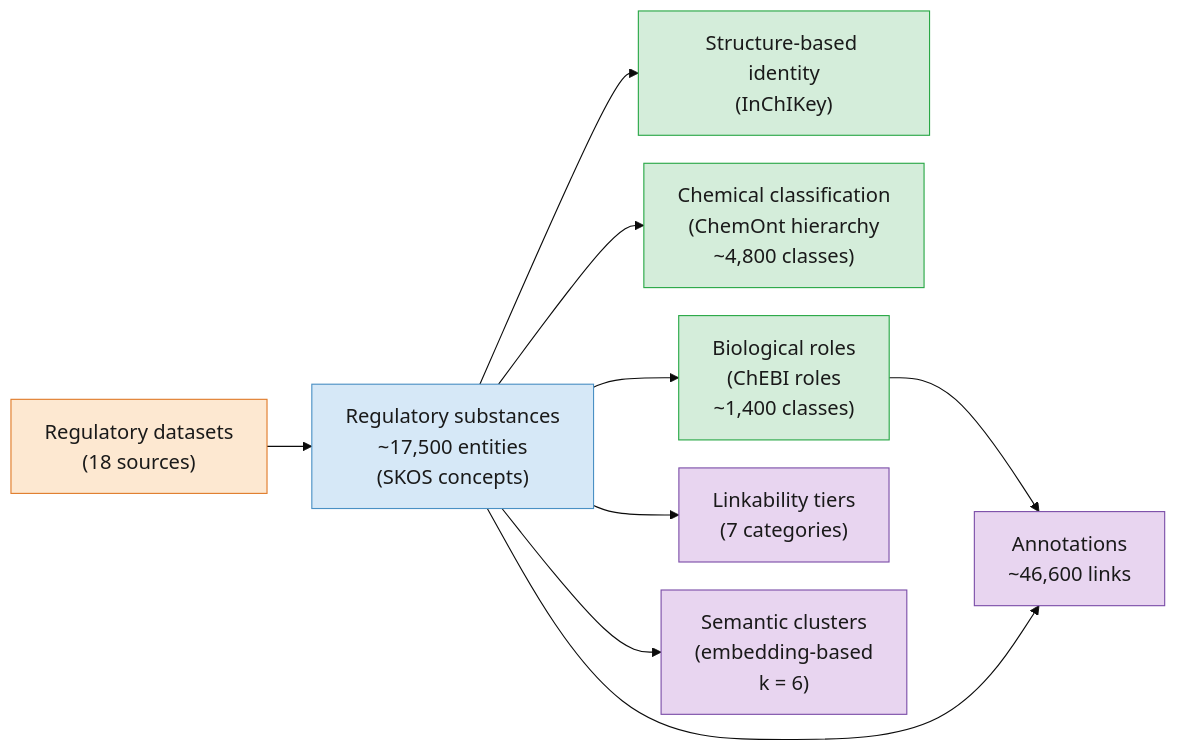
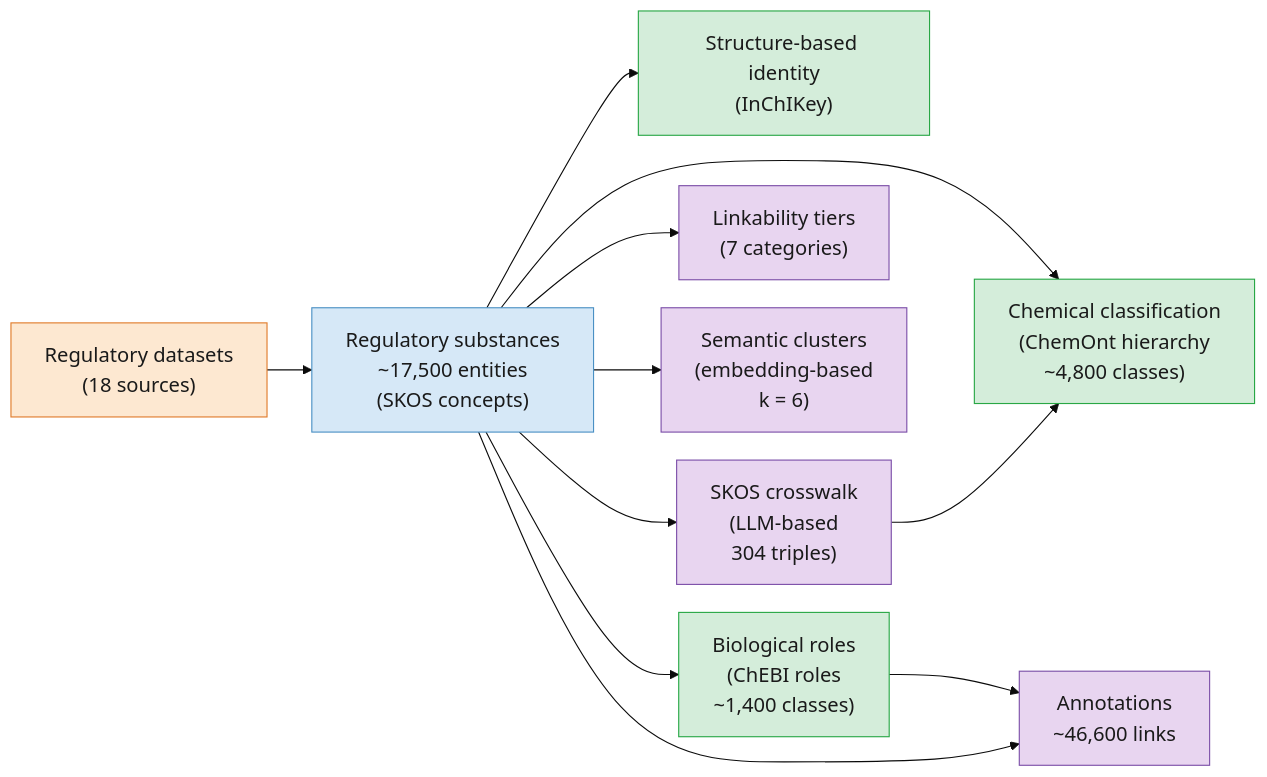
Before and after one commit to gezever/A-Substance-Is-Not-Always-a-Substance: the diagram in paper/images/sources/knowledge_graph.mmd, drawn with Mermaid. The commit also changed 33 other files, not shown here.

```diff
--- a/paper/images/sources/knowledge_graph.mmd
+++ b/paper/images/sources/knowledge_graph.mmd
@@ -1,40 +1,44 @@
 %%{init: {"theme": "base", "themeVariables": {"fontSize": "18px"}, "flowchart": {"nodeSpacing": 25, "rankSpacing": 40}}}%%
 graph LR
 %% Input layer
     A["Regulatory datasets\n(18 sources)"]
 
 %% Core layer
     B["Regulatory substances\n~17,500 entities\n(SKOS concepts)"]
 
 %% Linking layers
     C["Structure-based identity\n(InChIKey)"]
     D["Chemical classification\n(ChemOnt hierarchy\n~4,800 classes)"]
     E["Biological roles\n(ChEBI roles\n~1,400 classes)"]
 
 %% Derived layers
     F["Linkability tiers\n(7 categories)"]
     G["Semantic clusters\n(embedding-based\nk = 6)"]
     H["Annotations\n~46,600 links"]
+    I["SKOS crosswalk\n(LLM-based\n304 triples)"]
 
 %% Relations
     A --> B
 
     B --> C
     B --> D
     B --> E
 
     B --> F
     B --> G
 
     E --> H
     B --> H
 
+    B --> I
+    I --> D
+
     classDef inputNode fill:#FDE8D1,stroke:#E07B2A,color:#1a1a1a
     classDef coreNode fill:#D6E8F7,stroke:#4A90C4,color:#1a1a1a
     classDef linkNode fill:#D4EDDA,stroke:#28A745,color:#1a1a1a
     classDef derivedNode fill:#E8D5F0,stroke:#7B4EA8,color:#1a1a1a
 
     class A inputNode
     class B coreNode
     class C,D,E linkNode
-    class F,G,H derivedNode
+    class F,G,H,I derivedNode
```
